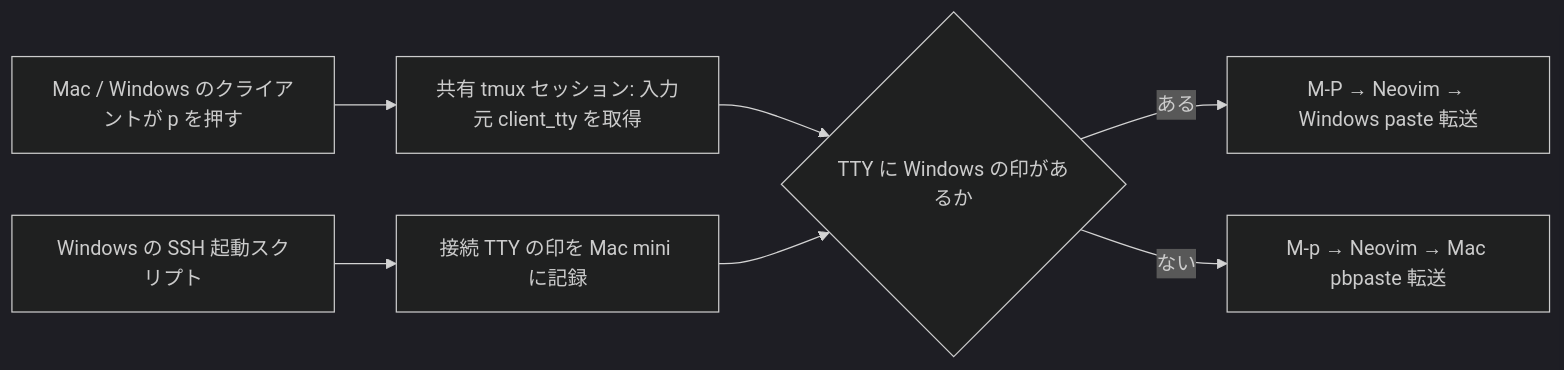
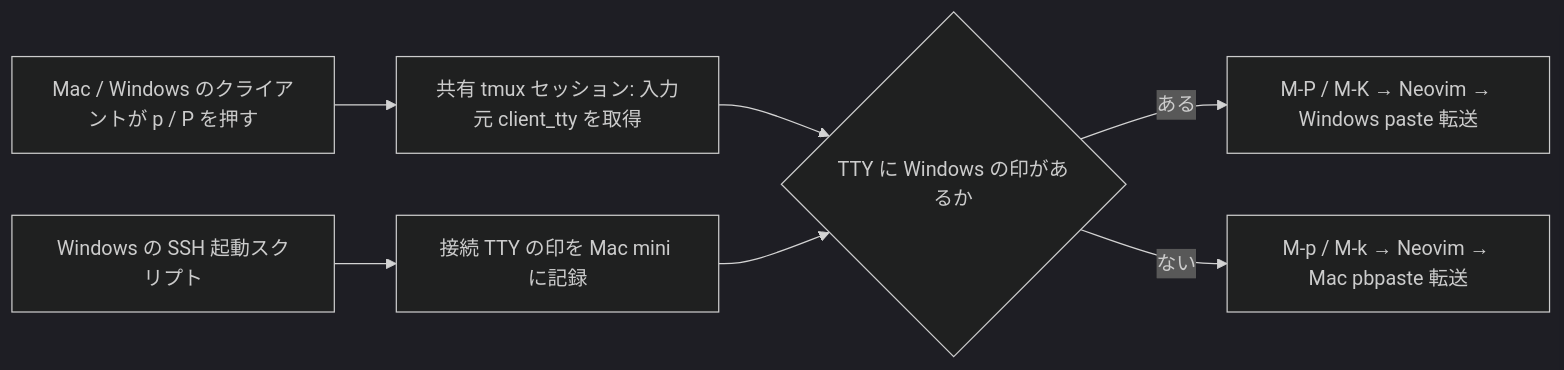
The fifth of 7 diagrams in adr/0001-ssh-tmux-clipboard-osc52.md (t-akira012/dotfiles), drawn with Mermaid (dark theme) before and after one commit. The commit also changed other lines of this file and 2 other files, not shown here.

Commit message:
Route both Neovim put keys by SSH client

````diff
--- a/adr/0001-ssh-tmux-clipboard-osc52.md
+++ b/adr/0001-ssh-tmux-clipboard-osc52.md
@@ -170,9 +170,9 @@
 ```mermaid
 flowchart LR
   W["Windows の SSH 起動スクリプト"] --> M["接続 TTY の印を Mac mini に記録"]
-  K["Mac / Windows のクライアントが p を押す"] --> T["共有 tmux セッション: 入力元 client_tty を取得"]
+  K["Mac / Windows のクライアントが p / P を押す"] --> T["共有 tmux セッション: 入力元 client_tty を取得"]
   T --> L{"TTY に Windows の印があるか"}
   M --> L
-  L -->|"ある"| FW["M-P → Neovim → Windows paste 転送"]
-  L -->|"ない"| FM["M-p → Neovim → Mac pbpaste 転送"]
+  L -->|"ある"| FW["M-P / M-K → Neovim → Windows paste 転送"]
+  L -->|"ない"| FM["M-p / M-k → Neovim → Mac pbpaste 転送"]
 ```
````
